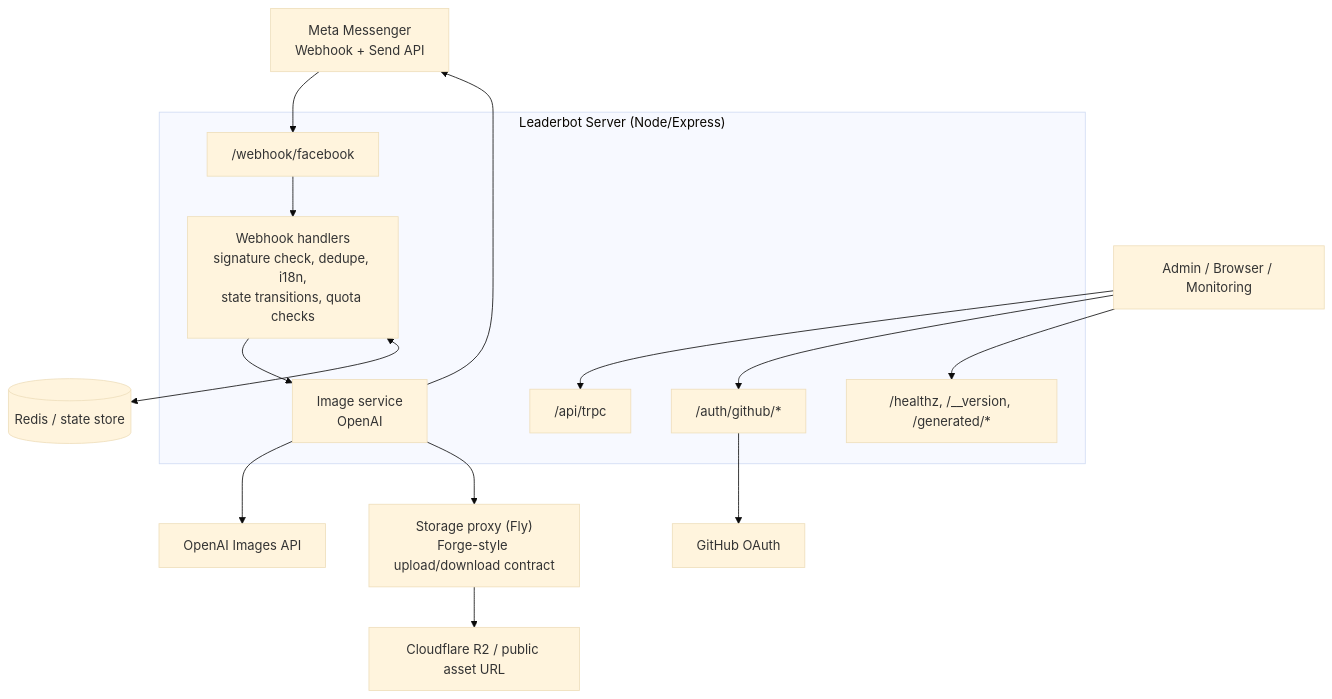
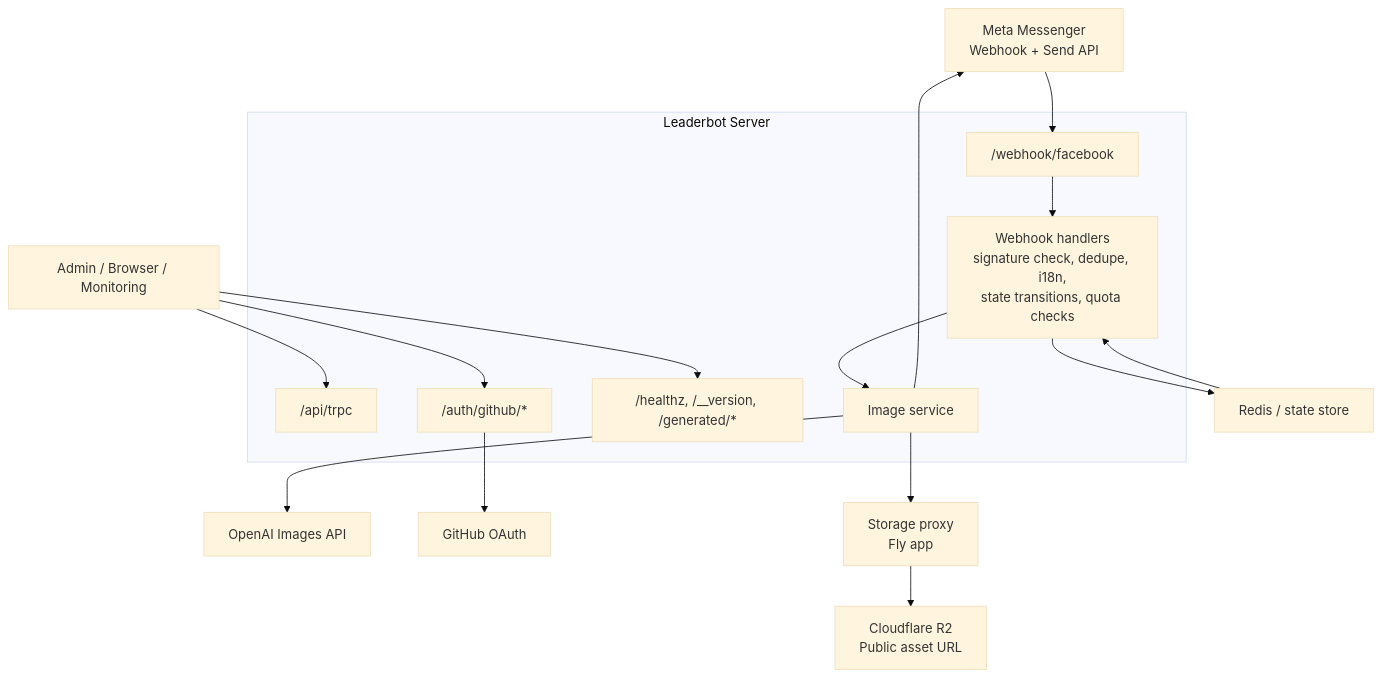
The diagram in docs/architecture.md (Dj-Shortcut/leaderbot-fb-image-gen), drawn with Mermaid (base theme) before and after one commit.

Commit message:
Fix Mermaid architecture diagram rendering

````diff
--- a/docs/architecture.md
+++ b/docs/architecture.md
@@ -78,34 +78,35 @@
 ```mermaid
 flowchart TD
     MM["Meta Messenger<br/>Webhook + Send API"]
     UA["Admin / Browser / Monitoring"]
 
-    subgraph LB["Leaderbot Server (Node/Express)"]
+    subgraph LB["Leaderbot Server"]
         WH["/webhook/facebook"]
         TRPC["/api/trpc"]
         AUTH["/auth/github/*"]
         OPS["/healthz, /__version, /generated/*"]
         HANDLERS["Webhook handlers<br/>signature check, dedupe, i18n,<br/>state transitions, quota checks"]
-        IMG["Image service<br/>OpenAI"]
+        IMG["Image service"]
     end
 
-    REDIS[("Redis / state store")]
+    REDIS["Redis / state store"]
     OPENAI["OpenAI Images API"]
     GITHUB["GitHub OAuth"]
-    PROXY["Storage proxy (Fly)<br/>Forge-style upload/download contract"]
-    R2["Cloudflare R2 / public asset URL"]
+    PROXY["Storage proxy<br/>Fly app"]
+    R2["Cloudflare R2<br/>Public asset URL"]
 
     MM --> WH
     WH --> HANDLERS
     HANDLERS --> IMG
-    HANDLERS <--> REDIS
+    HANDLERS --> REDIS
+    REDIS --> HANDLERS
     IMG --> OPENAI
     IMG --> PROXY
     PROXY --> R2
     IMG --> MM
 
     UA --> TRPC
     UA --> AUTH
     UA --> OPS
     AUTH --> GITHUB
 ```
````
